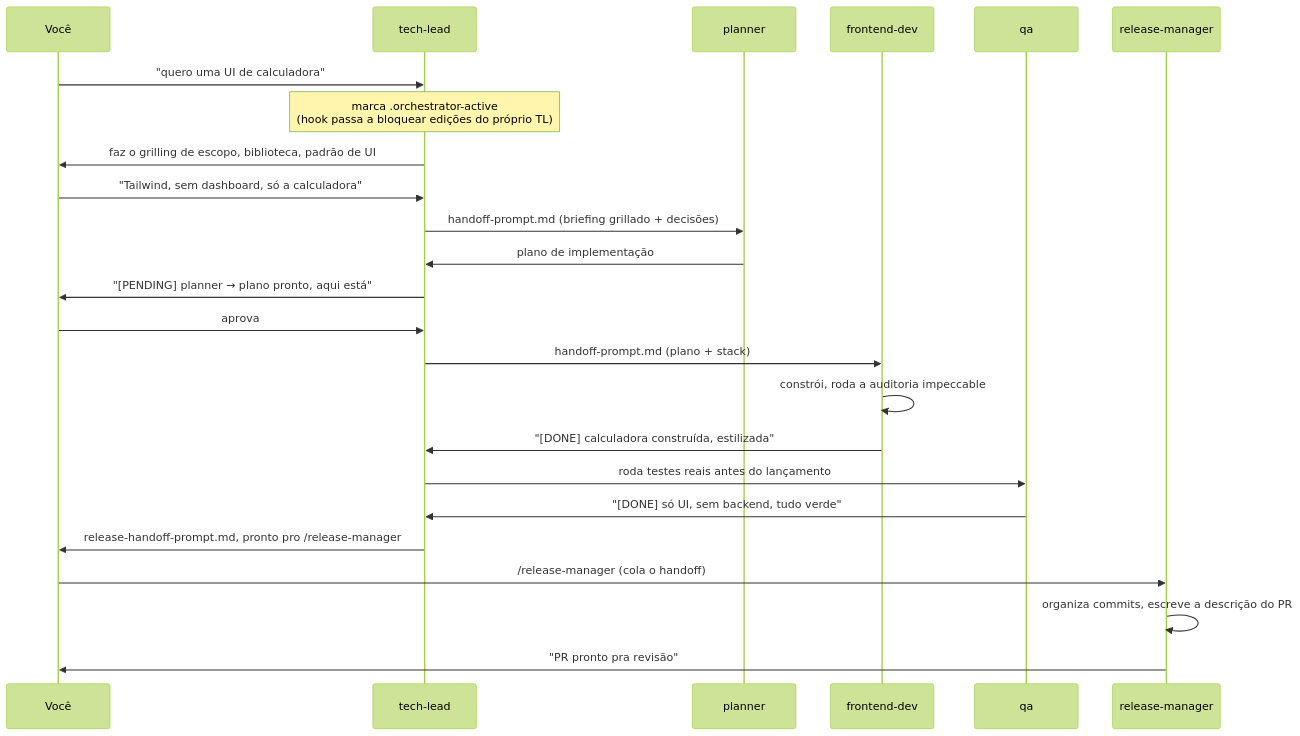
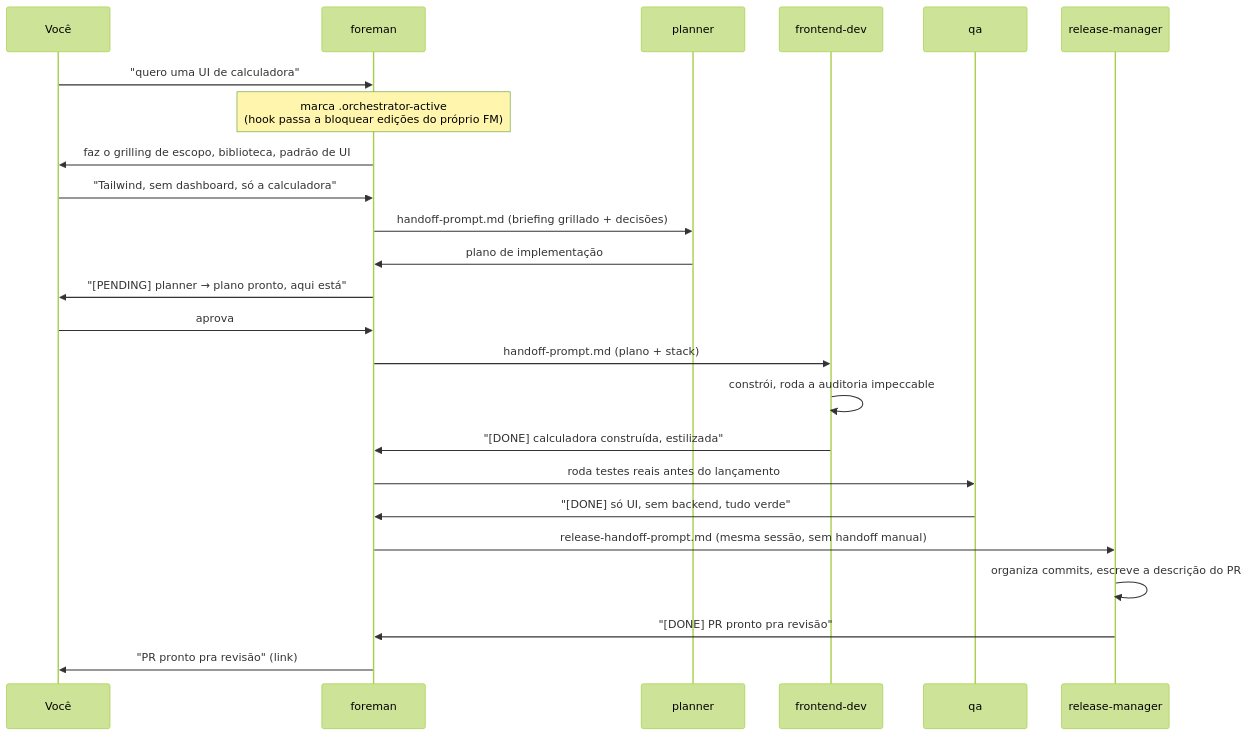
The second of 2 diagrams in README.pt-BR.md (MTBasso/foreman), drawn with Mermaid (forest theme) before and after one commit. The commit also changed other lines of this file and 25 other files, not shown here.

````diff
--- a/README.pt-BR.md
+++ b/README.pt-BR.md
@@ -66,27 +69,27 @@
 ```mermaid
 sequenceDiagram
     participant Você
-    participant TL as tech-lead
+    participant FM as foreman
     participant PL as planner
     participant FE as frontend-dev
     participant QA as qa
     participant RM as release-manager
 
-    Você->>TL: "quero uma UI de calculadora"
-    Note over TL: marca .orchestrator-active<br/>(hook passa a bloquear edições do próprio TL)
-    TL->>Você: faz o grilling de escopo, biblioteca, padrão de UI
-    Você->>TL: "Tailwind, sem dashboard, só a calculadora"
-    TL->>PL: handoff-prompt.md (briefing grillado + decisões)
-    PL->>TL: plano de implementação
-    TL->>Você: "[PENDING] planner → plano pronto, aqui está"
-    Você->>TL: aprova
-    TL->>FE: handoff-prompt.md (plano + stack)
+    Você->>FM: "quero uma UI de calculadora"
+    Note over FM: marca .orchestrator-active<br/>(hook passa a bloquear edições do próprio FM)
+    FM->>Você: faz o grilling de escopo, biblioteca, padrão de UI
+    Você->>FM: "Tailwind, sem dashboard, só a calculadora"
+    FM->>PL: handoff-prompt.md (briefing grillado + decisões)
+    PL->>FM: plano de implementação
+    FM->>Você: "[PENDING] planner → plano pronto, aqui está"
+    Você->>FM: aprova
+    FM->>FE: handoff-prompt.md (plano + stack)
     FE->>FE: constrói, roda a auditoria impeccable
-    FE->>TL: "[DONE] calculadora construída, estilizada"
-    TL->>QA: roda testes reais antes do lançamento
-    QA->>TL: "[DONE] só UI, sem backend, tudo verde"
-    TL->>Você: release-handoff-prompt.md, pronto pro /release-manager
-    Você->>RM: /release-manager (cola o handoff)
+    FE->>FM: "[DONE] calculadora construída, estilizada"
+    FM->>QA: roda testes reais antes do lançamento
+    QA->>FM: "[DONE] só UI, sem backend, tudo verde"
+    FM->>RM: release-handoff-prompt.md (mesma sessão, sem handoff manual)
     RM->>RM: organiza commits, escreve a descrição do PR
-    RM->>Você: "PR pronto pra revisão"
+    RM->>FM: "[DONE] PR pronto pra revisão"
+    FM->>Você: "PR pronto pra revisão" (link)
 ```
````
